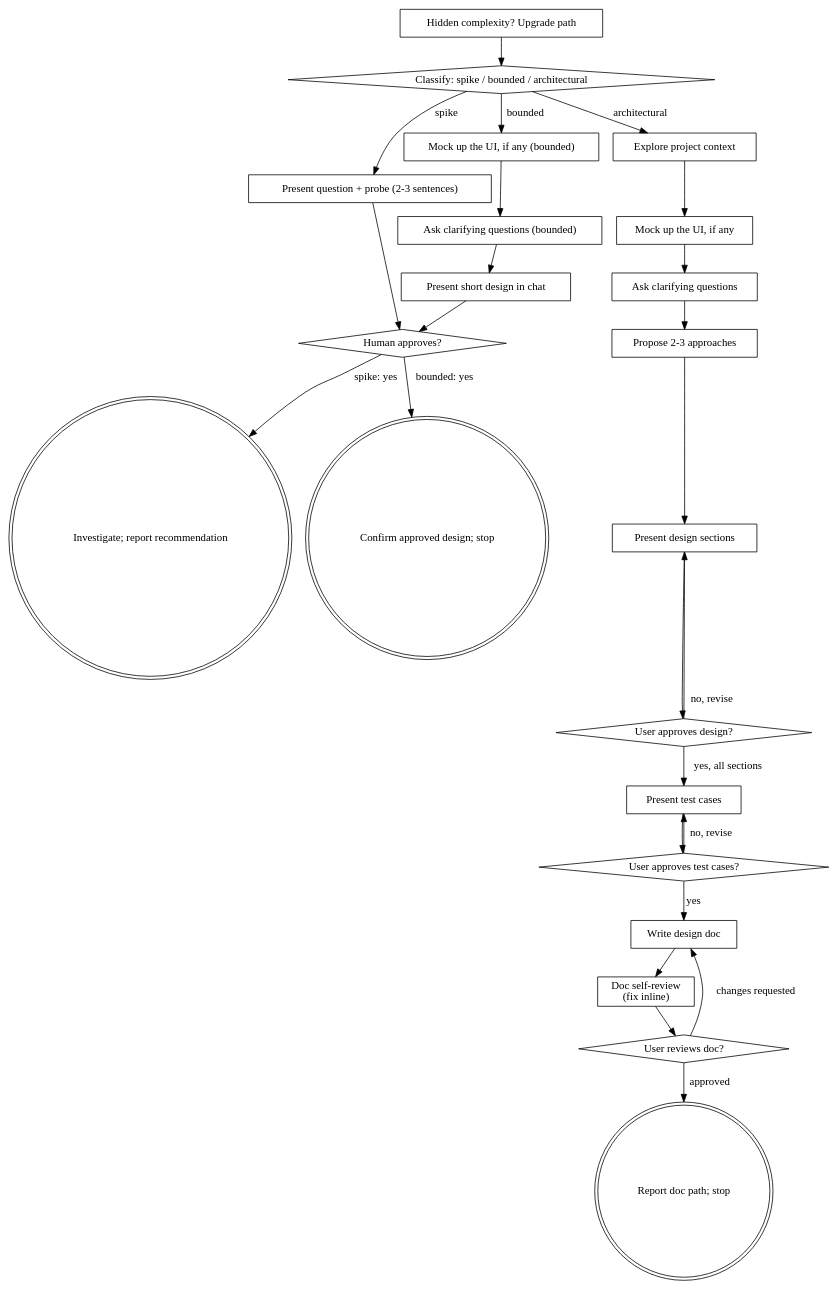
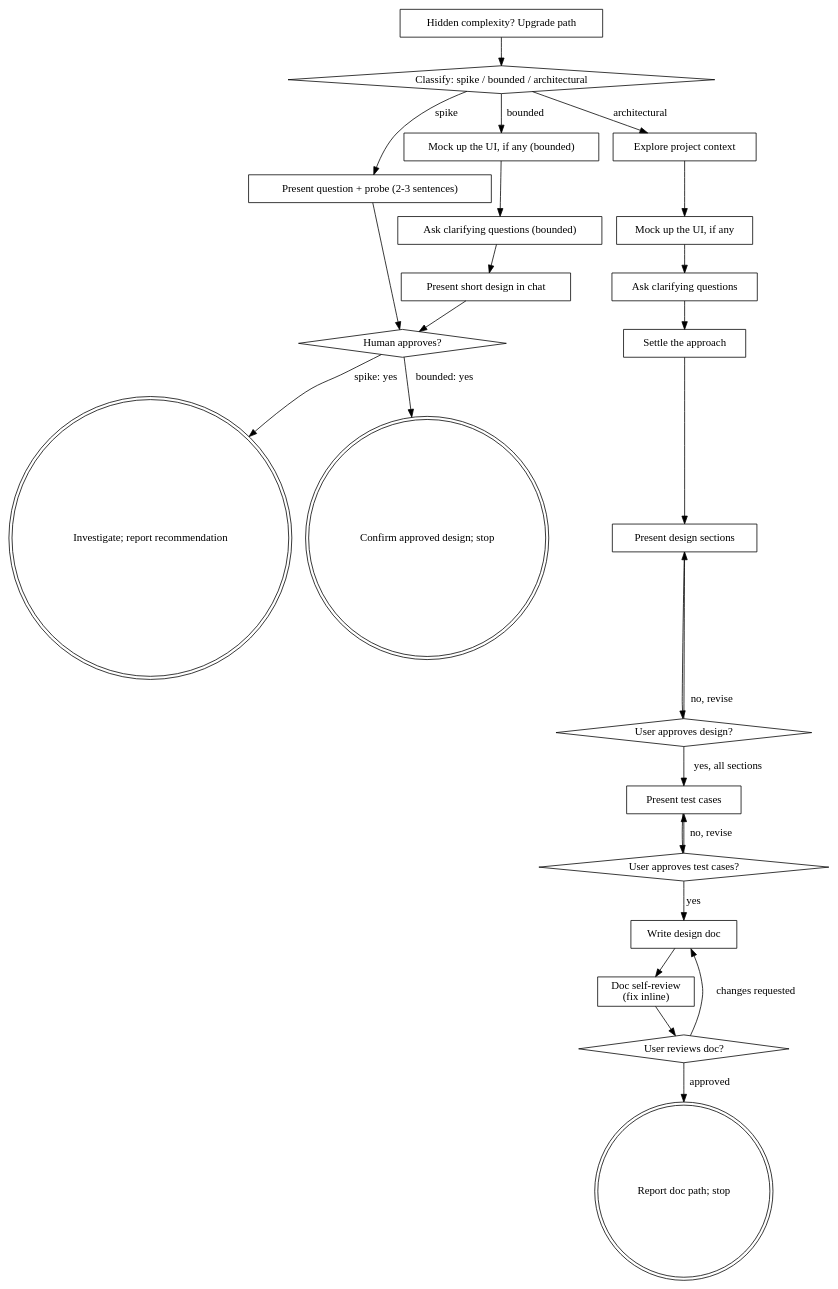
The first of 2 diagrams in skills/produce-design/SKILL.md (ruxo/rux-skills), drawn with Graphviz before and after one commit. The commit also changed other lines of this file and 4 other files, not shown here.

````diff
--- a/skills/produce-design/SKILL.md
+++ b/skills/produce-design/SKILL.md
@@ -116,50 +118,50 @@
 ```dot
 digraph produce_design {
     "Classify: spike / bounded / architectural" [shape=diamond];
     "Present question + probe (2-3 sentences)" [shape=box];
     "Mock up the UI, if any (bounded)" [shape=box];
     "Ask clarifying questions (bounded)" [shape=box];
     "Present short design in chat" [shape=box];
     "Human approves?" [shape=diamond];
     "Investigate; report recommendation" [shape=doublecircle];
     "Confirm approved design; stop" [shape=doublecircle];
     "Explore project context" [shape=box];
     "Mock up the UI, if any" [shape=box];
     "Ask clarifying questions" [shape=box];
-    "Propose 2-3 approaches" [shape=box];
+    "Settle the approach" [shape=box];
     "Present design sections" [shape=box];
     "User approves design?" [shape=diamond];
     "Present test cases" [shape=box];
     "User approves test cases?" [shape=diamond];
     "Write design doc" [shape=box];
     "Doc self-review\n(fix inline)" [shape=box];
     "User reviews doc?" [shape=diamond];
     "Report doc path; stop" [shape=doublecircle];
     "Hidden complexity? Upgrade path" [shape=box];
 
     "Classify: spike / bounded / architectural" -> "Present question + probe (2-3 sentences)" [label="spike"];
     "Classify: spike / bounded / architectural" -> "Mock up the UI, if any (bounded)" [label="bounded"];
     "Mock up the UI, if any (bounded)" -> "Ask clarifying questions (bounded)";
     "Classify: spike / bounded / architectural" -> "Explore project context" [label="architectural"];
     "Present question + probe (2-3 sentences)" -> "Human approves?";
     "Ask clarifying questions (bounded)" -> "Present short design in chat";
     "Present short design in chat" -> "Human approves?";
     "Human approves?" -> "Investigate; report recommendation" [label="spike: yes"];
     "Human approves?" -> "Confirm approved design; stop" [label="bounded: yes"];
     "Hidden complexity? Upgrade path" -> "Classify: spike / bounded / architectural";
     "Explore project context" -> "Mock up the UI, if any";
     "Mock up the UI, if any" -> "Ask clarifying questions";
-    "Ask clarifying questions" -> "Propose 2-3 approaches";
-    "Propose 2-3 approaches" -> "Present design sections";
+    "Ask clarifying questions" -> "Settle the approach";
+    "Settle the approach" -> "Present design sections";
     "Present design sections" -> "User approves design?";
     "User approves design?" -> "Present design sections" [label="no, revise"];
     "User approves design?" -> "Present test cases" [label="yes, all sections"];
     "Present test cases" -> "User approves test cases?";
     "User approves test cases?" -> "Present test cases" [label="no, revise"];
     "User approves test cases?" -> "Write design doc" [label="yes"];
     "Write design doc" -> "Doc self-review\n(fix inline)";
     "Doc self-review\n(fix inline)" -> "User reviews doc?";
     "User reviews doc?" -> "Write design doc" [label="changes requested"];
     "User reviews doc?" -> "Report doc path; stop" [label="approved"];
 }
 ```
````
